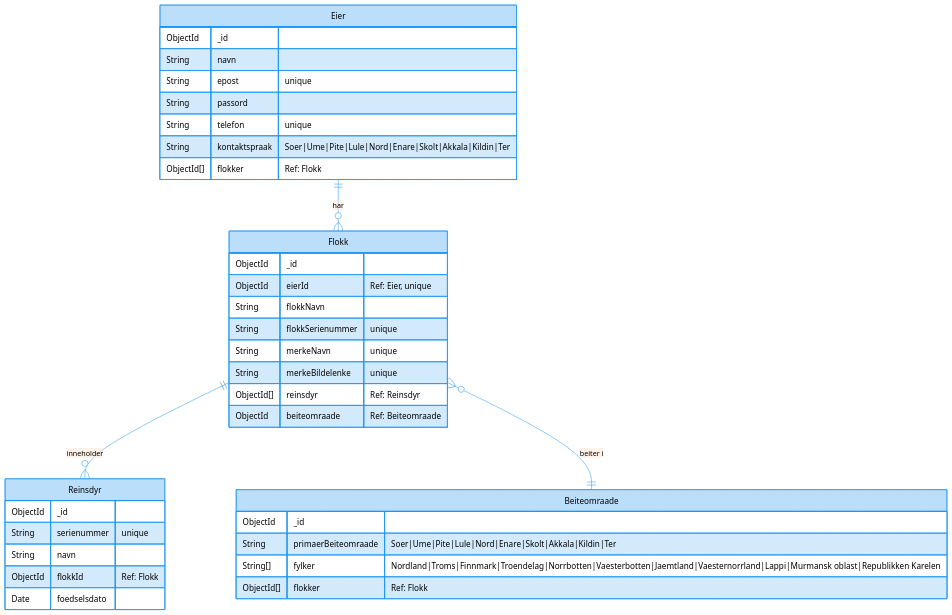
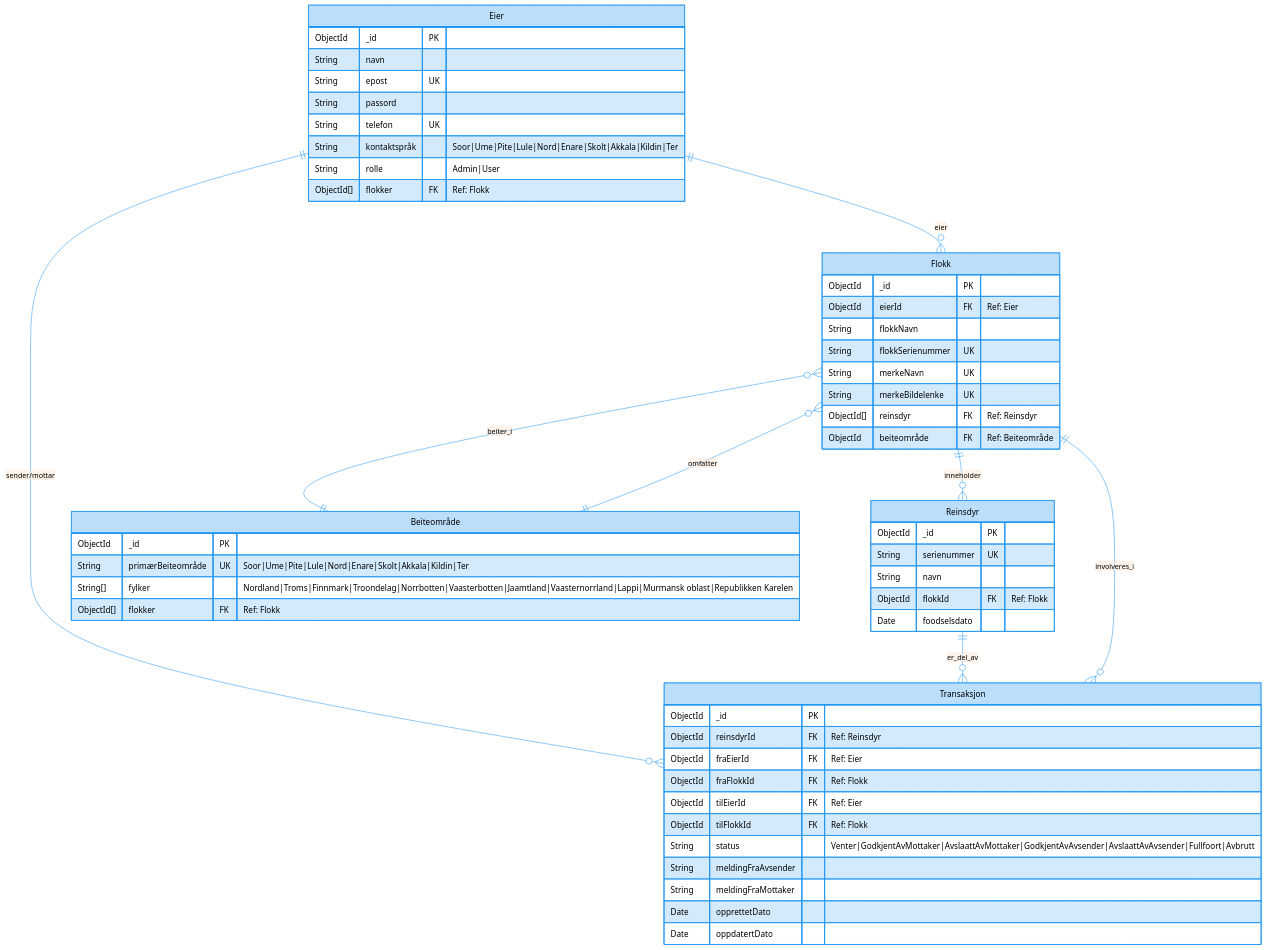
Before and after one commit to EliasNeerbye/Reinsdyr-Broker-ProveProveEksamen: the first of 2 diagrams in README.md, drawn with Mermaid. The commit also changed other lines of this file and 1 other file, not shown here.

````diff
--- a/README.md
+++ b/README.md
@@ -25,53 +24,72 @@
 ```mermaid
 %%{init: {
   'theme': 'base',
   'themeVariables': {
     'primaryColor': '#BBDEFB',
     'primaryTextColor': '#000',
     'primaryBorderColor': '#2196F3',
     'lineColor': '#2196F3',
     'textColor': '#333'
   }
 }}%%
 
 erDiagram
     Eier {
-        ObjectId _id
+        ObjectId _id PK
         String navn
-        String epost "unique"
+        String epost UK
         String passord
-        String telefon "unique"
-        String kontaktspraak "Soer|Ume|Pite|Lule|Nord|Enare|Skolt|Akkala|Kildin|Ter"
-        ObjectId[] flokker "Ref: Flokk"
+        String telefon UK
+        String kontaktspråk "Soor|Ume|Pite|Lule|Nord|Enare|Skolt|Akkala|Kildin|Ter"
+        String rolle "Admin|User"
+        ObjectId[] flokker FK "Ref: Flokk"
     }
     
     Flokk {
-        ObjectId _id
-        ObjectId eierId "Ref: Eier, unique"
+        ObjectId _id PK
+        ObjectId eierId FK "Ref: Eier"
         String flokkNavn
-        String flokkSerienummer "unique"
-        String merkeNavn "unique"
-        String merkeBildelenke "unique"
-        ObjectId[] reinsdyr "Ref: Reinsdyr"
-        ObjectId beiteomraade "Ref: Beiteomraade"
+        String flokkSerienummer UK
+        String merkeNavn UK
+        String merkeBildelenke UK
+        ObjectId[] reinsdyr FK "Ref: Reinsdyr"
+        ObjectId beiteområde FK "Ref: Beiteområde"
     }
     
     Reinsdyr {
-        ObjectId _id
-        String serienummer "unique"
+        ObjectId _id PK
+        String serienummer UK
         String navn
-        ObjectId flokkId "Ref: Flokk"
-        Date foedselsdato
+        ObjectId flokkId FK "Ref: Flokk"
+        Date foodselsdato
     }
 
-    Beiteomraade {
-        ObjectId _id
-        String primaerBeiteomraade "Soer|Ume|Pite|Lule|Nord|Enare|Skolt|Akkala|Kildin|Ter"
-        String[] fylker "Nordland|Troms|Finnmark|Troendelag|Norrbotten|Vaesterbotten|Jaemtland|Vaesternorrland|Lappi|Murmansk oblast|Republikken Karelen"
-        ObjectId[] flokker "Ref: Flokk"
+    Beiteområde {
+        ObjectId _id PK
+        String primærBeiteområde UK "Soor|Ume|Pite|Lule|Nord|Enare|Skolt|Akkala|Kildin|Ter"
+        String[] fylker "Nordland|Troms|Finnmark|Troondelag|Norrbotten|Vaasterbotten|Jaamtland|Vaasternorrland|Lappi|Murmansk oblast|Republikken Karelen"
+        ObjectId[] flokker FK "Ref: Flokk"
+    }
+    
+    Transaksjon {
+        ObjectId _id PK
+        ObjectId reinsdyrId FK "Ref: Reinsdyr"
+        ObjectId fraEierId FK "Ref: Eier"
+        ObjectId fraFlokkId FK "Ref: Flokk"
+        ObjectId tilEierId FK "Ref: Eier"
+        ObjectId tilFlokkId FK "Ref: Flokk"
+        String status "Venter|GodkjentAvMottaker|AvslaattAvMottaker|GodkjentAvAvsender|AvslaattAvAvsender|Fullfoort|Avbrutt"
+        String meldingFraAvsender
+        String meldingFraMottaker
+        Date opprettetDato
+        Date oppdatertDato
     }
 
-    Eier ||--o{ Flokk : "har"
+    Eier ||--o{ Flokk : "eier"
+    Eier ||--o{ Transaksjon : "sender/mottar"
     Flokk ||--o{ Reinsdyr : "inneholder"
-    Flokk }o--|| Beiteomraade : "beiter i"
+    Flokk }o--|| Beiteområde : "beiter_i"
+    Beiteområde ||--o{ Flokk : "omfatter"
+    Reinsdyr ||--o{ Transaksjon : "er_del_av"
+    Flokk ||--o{ Transaksjon : "involveres_i"
 ```
````
